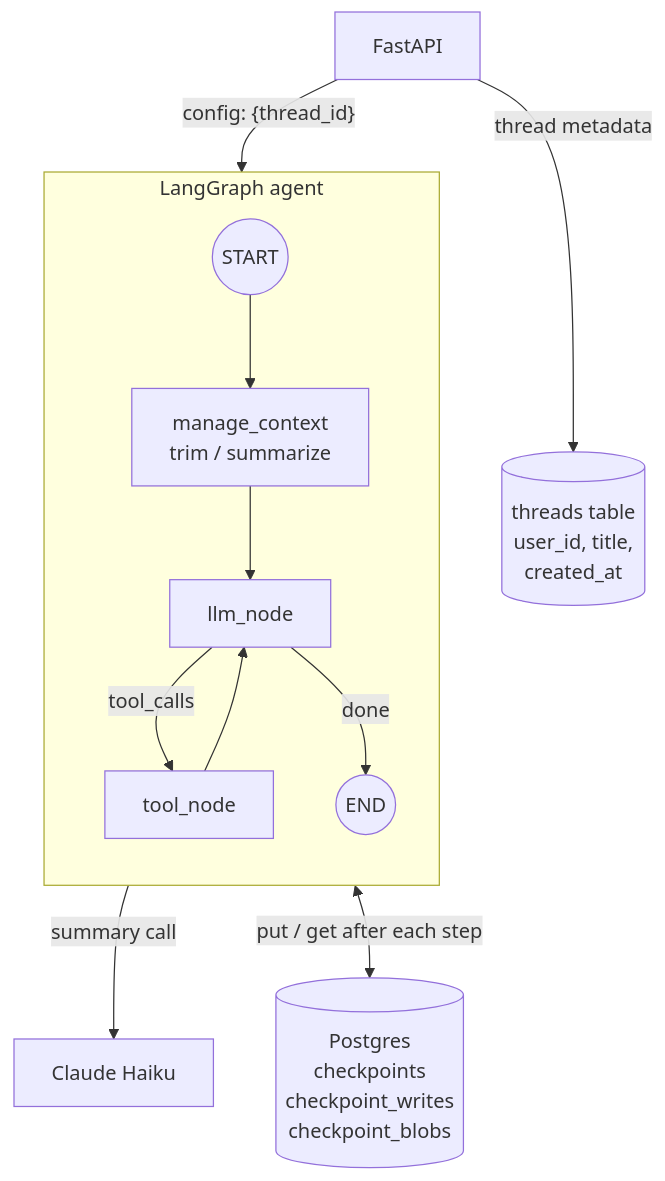
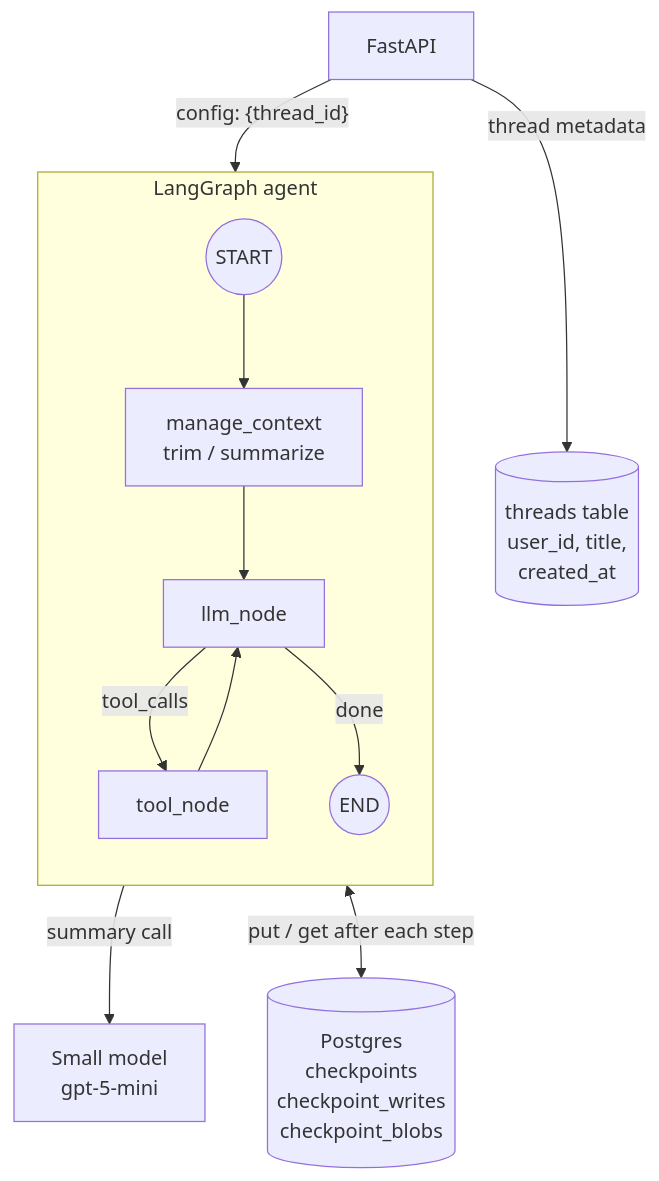
One commit to Anirudh1905/agentic-ai-chatbot changed the first of 3 diagrams in docs/phase-3-short-term-memory-checkpointing.md. Above: the diagram before and after it, drawn with Mermaid. The commit also changed other lines of this file and 29 other files, not shown here.

````diff
--- a/docs/phase-3-short-term-memory-checkpointing.md
+++ b/docs/phase-3-short-term-memory-checkpointing.md
@@ -29,17 +29,17 @@
 ```mermaid
 flowchart TB
     API[FastAPI] -->|"config: {thread_id}"| Graph
 
     subgraph Graph["LangGraph agent"]
         direction TB
         START((START)) --> Trim[manage_context<br/>trim / summarize]
         Trim --> LLM[llm_node]
         LLM -->|tool_calls| Tools[tool_node]
         Tools --> LLM
         LLM -->|done| END((END))
     end
 
     Graph <-->|"put / get after each step"| CP[(Postgres<br/>checkpoints<br/>checkpoint_writes<br/>checkpoint_blobs)]
-    Trim -->|summary call| Haiku[Claude Haiku]
+    Trim -->|summary call| Small[Small model<br/>gpt-5-mini]
     API -->|thread metadata| Threads[(threads table<br/>user_id, title,<br/>created_at)]
 ```
````
